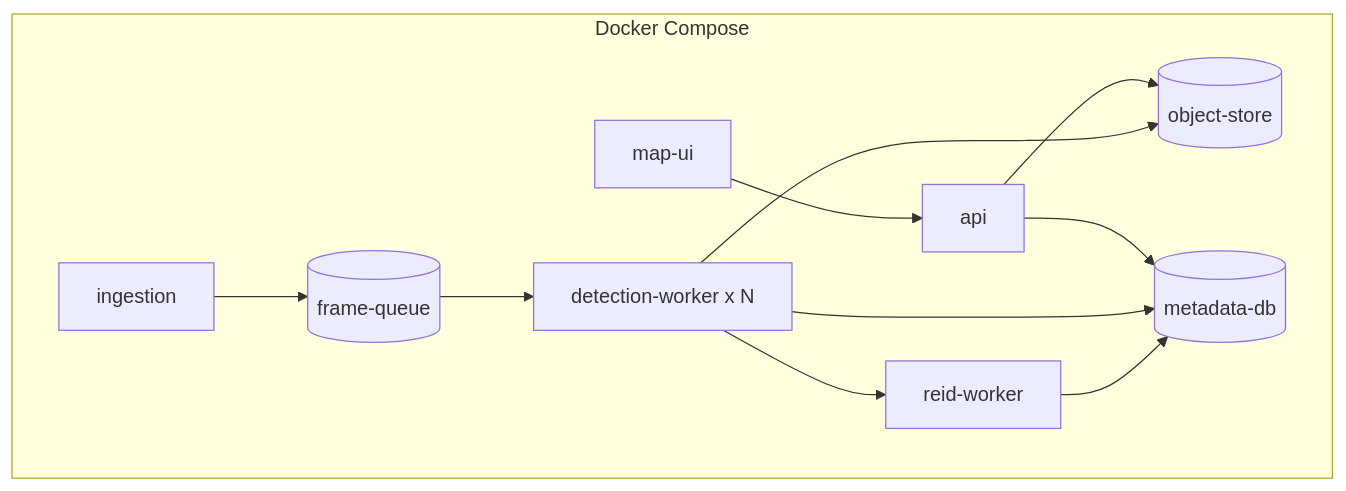
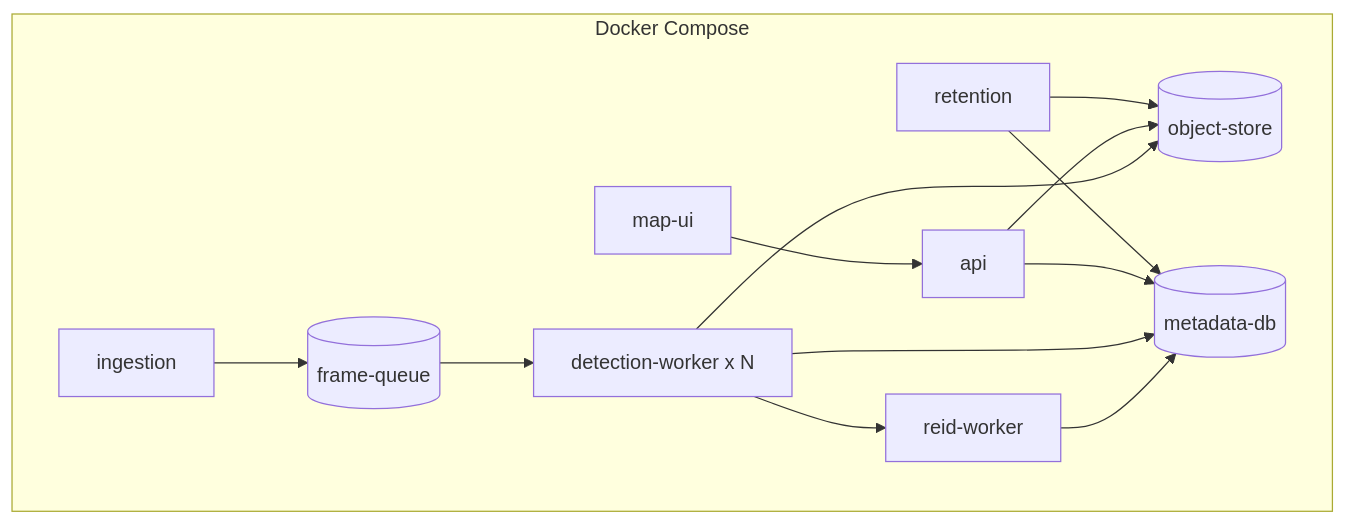
Before and after one commit to Chitresh-code/surveillance-platform: the fourth of 4 diagrams in docs/ARCHITECTURE.md, drawn with Mermaid. The commit also changed other lines of this file and 8 other files, not shown here.

````diff
--- a/docs/ARCHITECTURE.md
+++ b/docs/ARCHITECTURE.md
@@ -107,20 +110,23 @@
 ```mermaid
 flowchart TB
     subgraph docker[Docker Compose]
         ing[ingestion]
         det[detection-worker x N]
         reid[reid-worker]
         api[api]
+        gc[retention]
         db[(metadata-db)]
         obj[(object-store)]
         mq[(frame-queue)]
         web[map-ui]
     end
     ing --> mq --> det
     det --> obj
     det --> reid --> db
     det --> db
     api --> db
     api --> obj
     web --> api
+    gc --> db
+    gc --> obj
 ```
````
